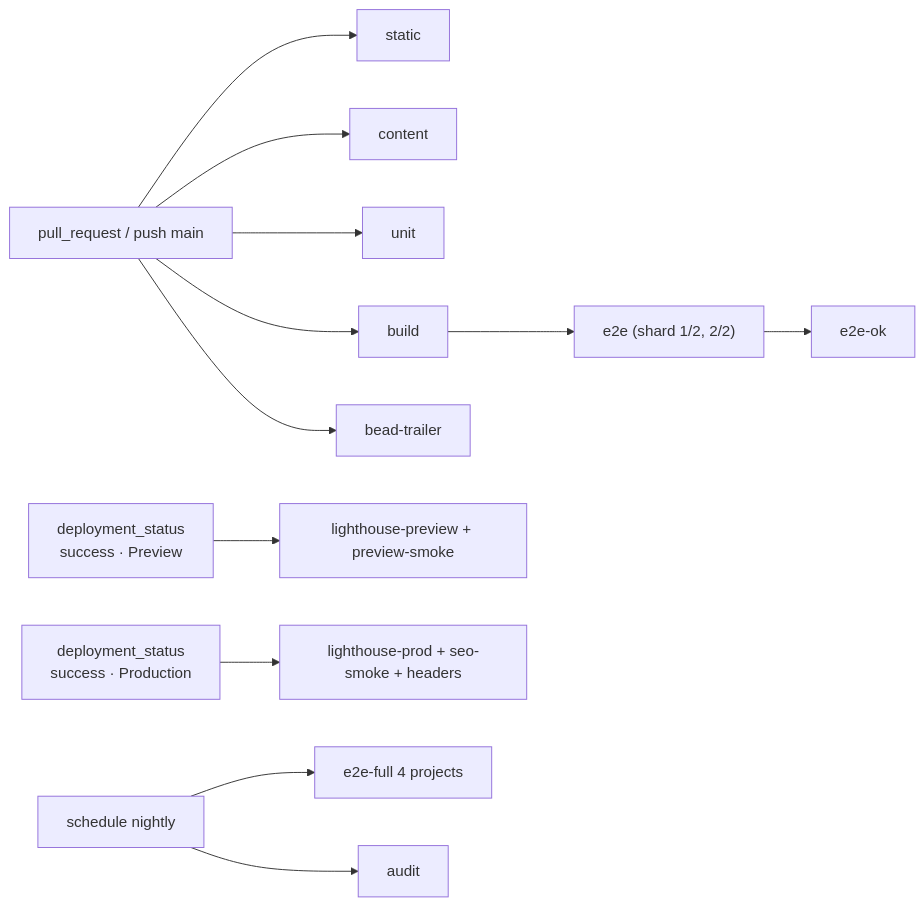
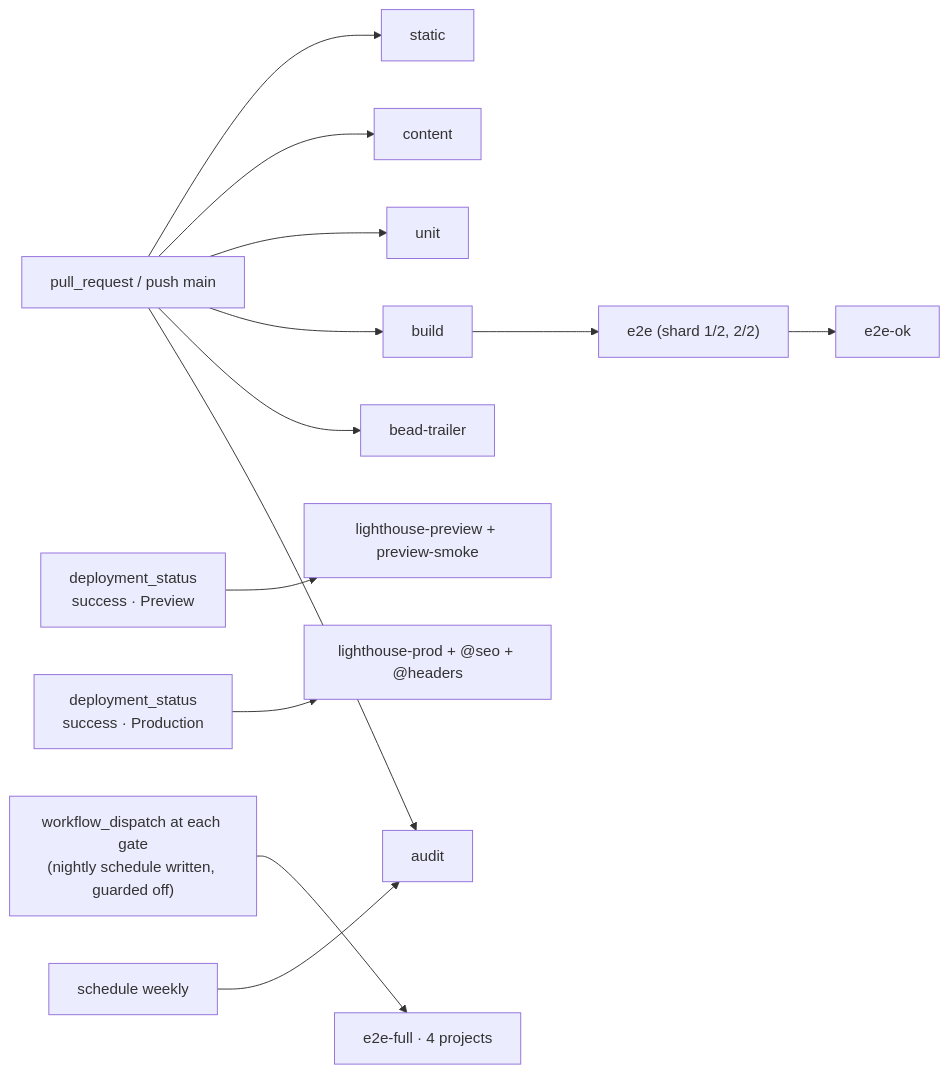
Before and after one commit to hanyiliu/green-pastures: the diagram in docs/technical/08-testing-quality.md, drawn with Mermaid. The commit also changed other lines of this file and 2 other files, not shown here.

````diff
--- a/docs/technical/08-testing-quality.md
+++ b/docs/technical/08-testing-quality.md
@@ -642,9 +664,11 @@
 ```mermaid
 flowchart LR
   PR[pull_request / push main] --> static & content & unit & build
   build --> e2e["e2e (shard 1/2, 2/2)"] --> ok[e2e-ok]
   PR --> bt[bead-trailer]
   V[deployment_status<br/>success · Preview] --> lhp[lighthouse-preview + preview-smoke]
-  P[deployment_status<br/>success · Production] --> lprod[lighthouse-prod + seo-smoke + headers]
-  S[schedule nightly] --> full[e2e-full 4 projects] & audit
+  P[deployment_status<br/>success · Production] --> lprod["lighthouse-prod + @seo + @headers"]
+  G["workflow_dispatch at each gate<br/>(nightly schedule written, guarded off)"] --> full["e2e-full · 4 projects"]
+  W["schedule weekly"] --> audit
+  PR --> audit
 ```
````
